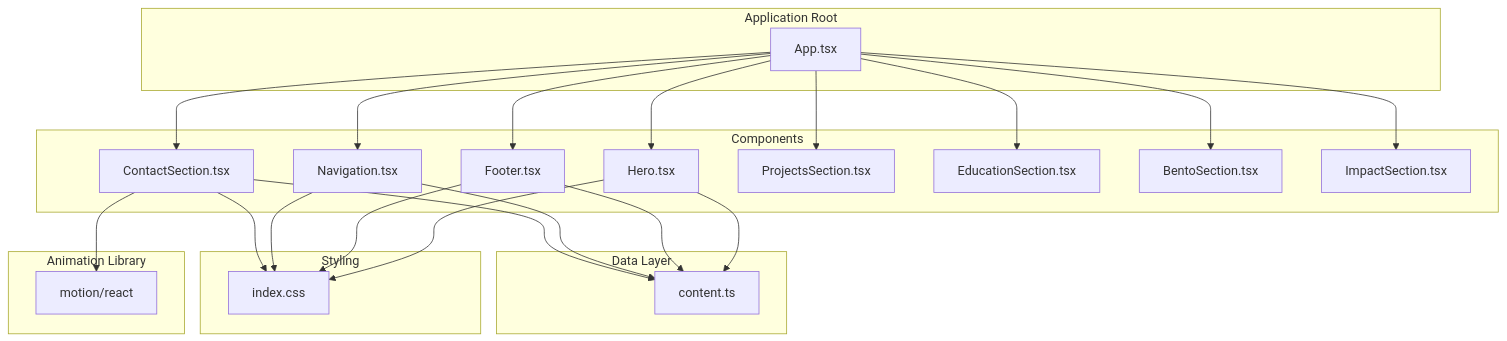
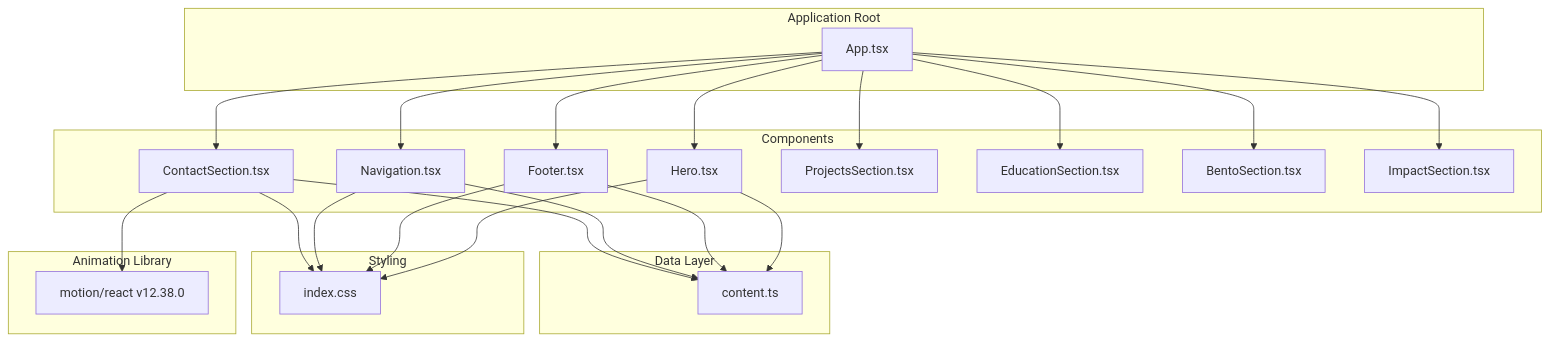
Before and after one commit to subash7781/Portfolio: the first of 5 diagrams in .qoder/repowiki/en/content/Component Library & UI Elements/ContactSection Component.md, drawn with Mermaid. The commit also changed other lines of this file and 9 other files, not shown here.

````diff
--- a/.qoder/repowiki/en/content/Component Library & UI Elements/ContactSection Component.md
+++ b/.qoder/repowiki/en/content/Component Library & UI Elements/ContactSection Component.md
@@ -46,42 +46,42 @@
 ```mermaid
 graph TB
 subgraph "Application Root"
 App[App.tsx]
 end
 subgraph "Components"
 Contact[ContactSection.tsx]
 Hero[Hero.tsx]
 Nav[Navigation.tsx]
 Footer[Footer.tsx]
 Projects[ProjectsSection.tsx]
 Education[EducationSection.tsx]
 Bento[BentoSection.tsx]
 Impact[ImpactSection.tsx]
 end
 subgraph "Data Layer"
 Content[content.ts]
 end
 subgraph "Styling"
 CSS[index.css]
 end
 subgraph "Animation Library"
-Motion[motion/react]
+Motion[motion/react v12.38.0]
 end
 App --> Contact
 App --> Hero
 App --> Nav
 App --> Footer
 App --> Projects
 App --> Education
 App --> Bento
 App --> Impact
 Contact --> Content
 Contact --> Motion
 Nav --> Content
 Footer --> Content
 Hero --> Content
 Contact --> CSS
 Nav --> CSS
 Footer --> CSS
 Hero --> CSS
 ```
````
